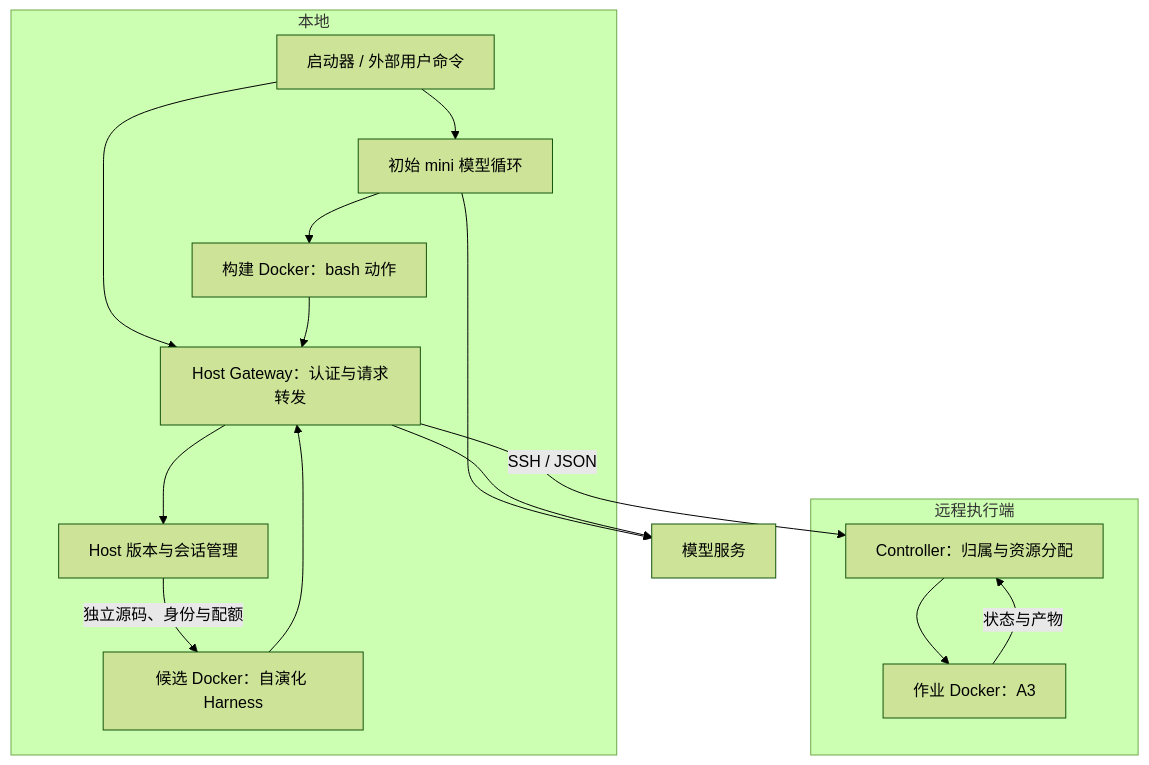
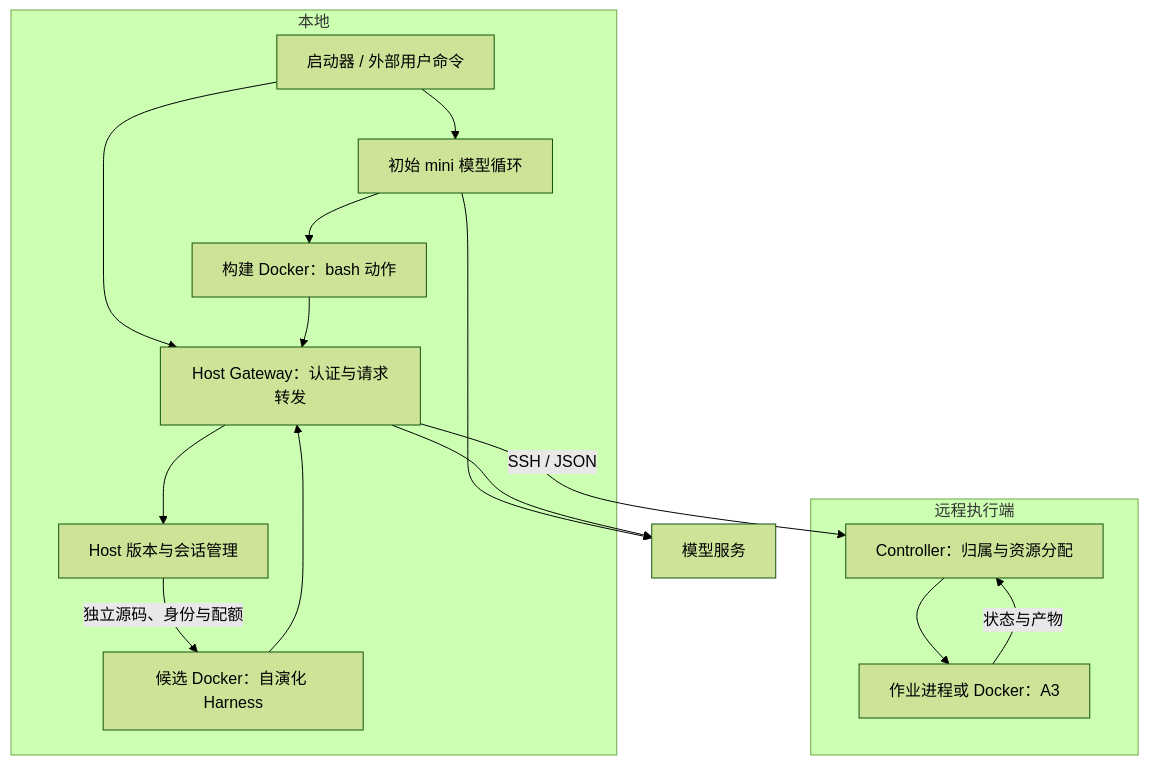
The second of 3 diagrams in docs/architecture.md (dove667/a3-autoresearch-agent), drawn with Mermaid (forest theme) before and after one commit. The commit also changed other lines of this file and 41 other files, not shown here.

````diff
--- a/docs/architecture.md
+++ b/docs/architecture.md
@@ -50,27 +50,27 @@
 ```mermaid
 flowchart TB
     subgraph Local[本地]
         CLI[启动器 / 外部用户命令]
         Mini[初始 mini 模型循环]
         Build[构建 Docker：bash 动作]
         Agent[候选 Docker：自演化 Harness]
         Gateway[Host Gateway：认证与请求转发]
         Versions[Host 版本与会话管理]
         CLI --> Mini --> Build
         CLI --> Gateway
         Build --> Gateway
         Agent --> Gateway
         Gateway --> Versions
         Versions -->|独立源码、身份与配额| Agent
     end
     Provider[模型服务]
     Mini --> Provider
     Gateway --> Provider
     subgraph Remote[远程执行端]
         Controller[Controller：归属与资源分配]
-        Job[作业 Docker：A3]
+        Job[作业进程或 Docker：A3]
         Controller --> Job
     end
     Gateway -->|SSH / JSON| Controller
     Job -->|状态与产物| Controller
 ```
````
